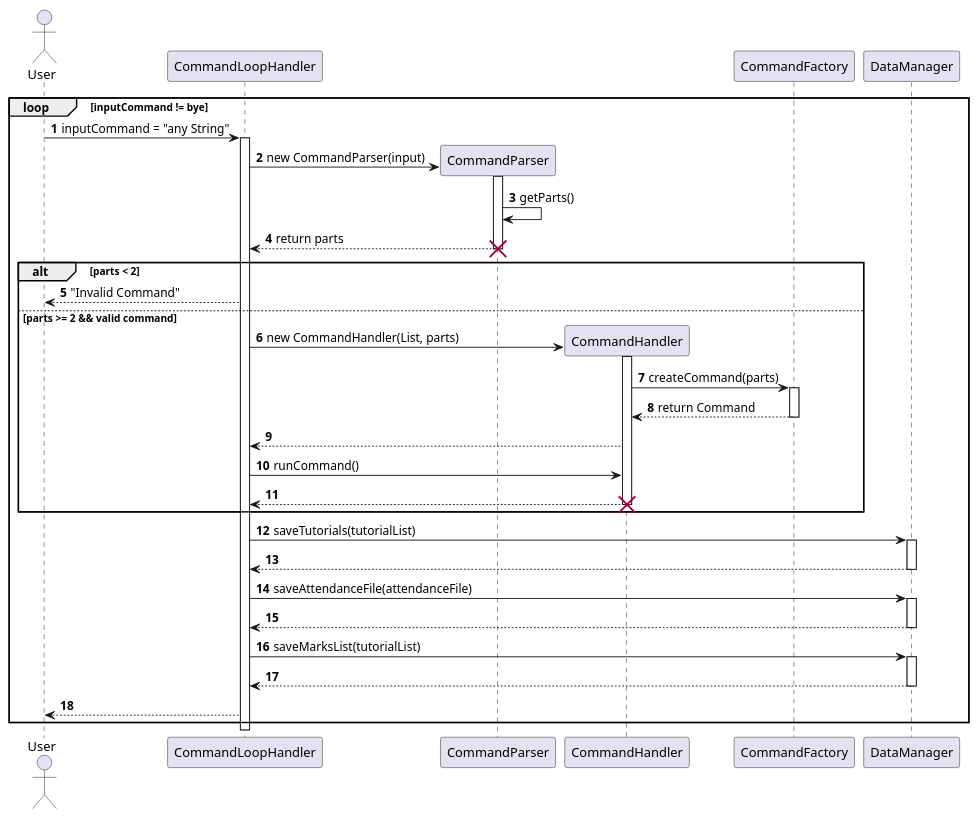
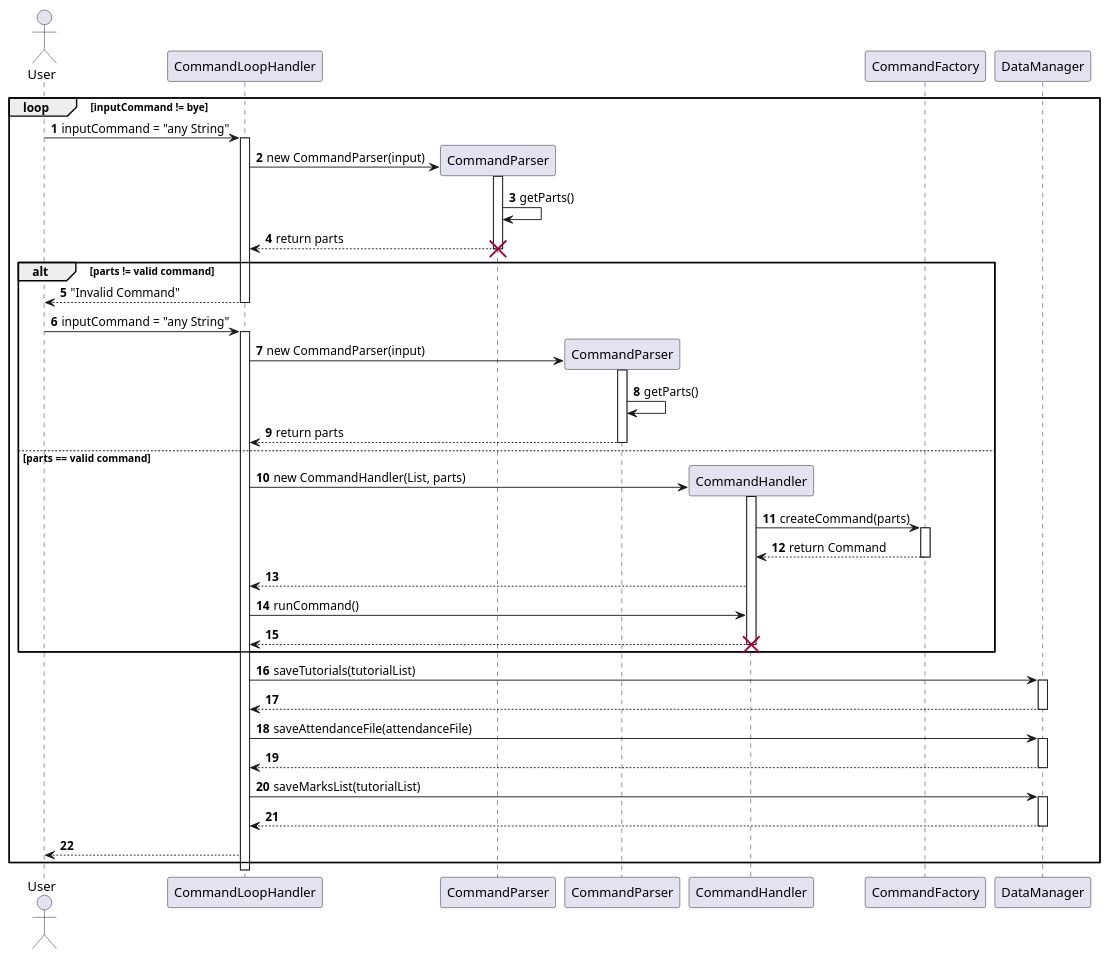
The diagram in docs/diagrams/CommandHandlersSeqDiagram.puml (wongyihao02/tp), drawn with PlantUML before and after one commit. The commit also changed 2 other files, not shown here.

Commit message:
update DG with CommandHandler Package

```diff
--- a/docs/diagrams/CommandHandlersSeqDiagram.puml
+++ b/docs/diagrams/CommandHandlersSeqDiagram.puml
@@ -1,38 +1,42 @@
 @startuml
 autonumber
 actor User
 participant "CommandLoopHandler" as CLH
 participant CommandFactory as Factory order 10
 participant DataManager as DM order 20
 loop inputCommand != bye
     User -> CLH ++: inputCommand = "any String"
-    create "CommandParser" as Parser
-    CLH -> Parser ++ : new CommandParser(input)
-
-    Parser -> Parser : getParts()
-    Parser --> CLH -- : return parts
-    destroy Parser
-    alt parts < 2
-        CLH --> User : "Invalid Command"
-    else parts >= 2 && valid command
+    create "CommandParser" as Parser1
+    CLH -> Parser1 ++ : new CommandParser(input)
+    Parser1 -> Parser1 : getParts()
+    Parser1 --> CLH -- : return parts
+    destroy Parser1
+    alt parts != valid command
+        CLH --> User -- : "Invalid Command"
+        User -> CLH ++: inputCommand = "any String"
+        create "CommandParser" as Parser2
+        CLH -> Parser2 ++ : new CommandParser(input)
+        Parser2 -> Parser2 : getParts()
+        Parser2 --> CLH -- : return parts
+    else parts == valid command
         create CommandHandler as Handler
         CLH ->Handler ++ :new CommandHandler(List, parts)
 
         Handler -> Factory ++ : createCommand(parts)
         Factory --> Handler -- : return Command
 
         Handler --> CLH
 
         CLH -> Handler  : runCommand()
         Handler --> CLH --
         destroy Handler
     end
     CLH -> DM ++ : saveTutorials(tutorialList)
     DM --> CLH --
     CLH -> DM ++ : saveAttendanceFile(attendanceFile)
     DM --> CLH --
     CLH -> DM ++ : saveMarksList(tutorialList)
     DM --> CLH --
     CLH --> User
 end
 @enduml
```
